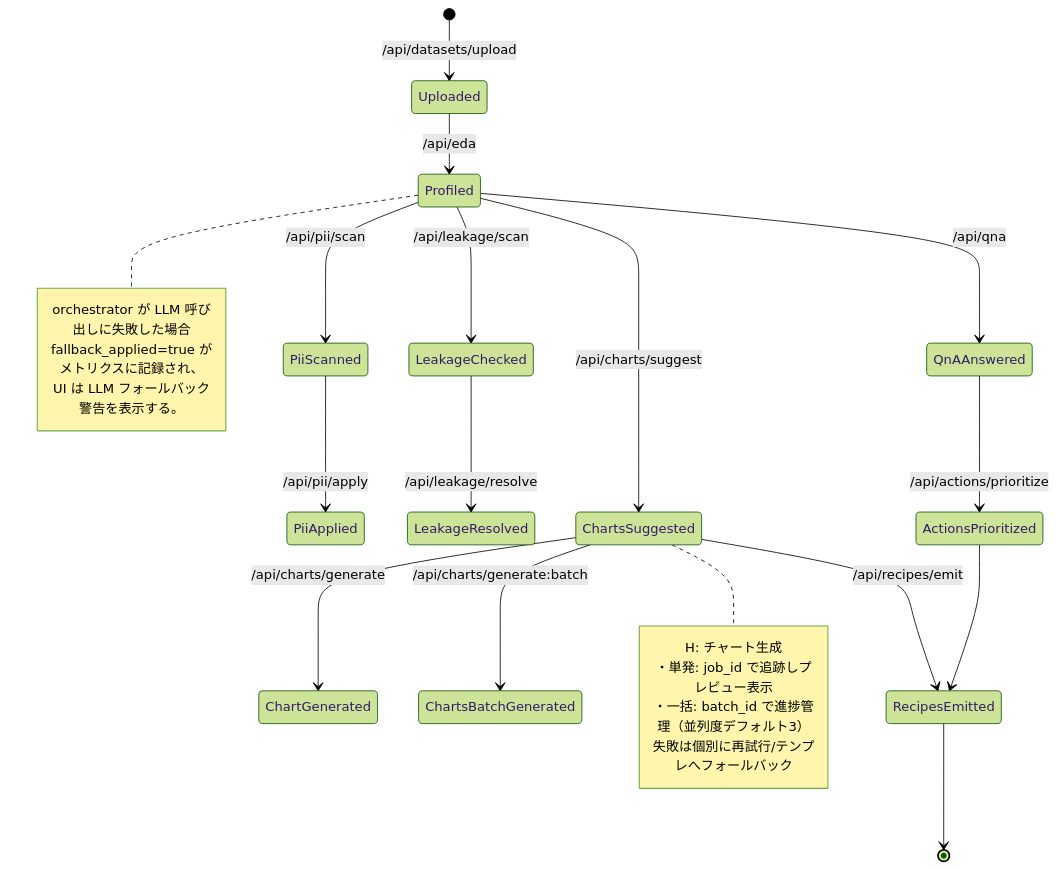
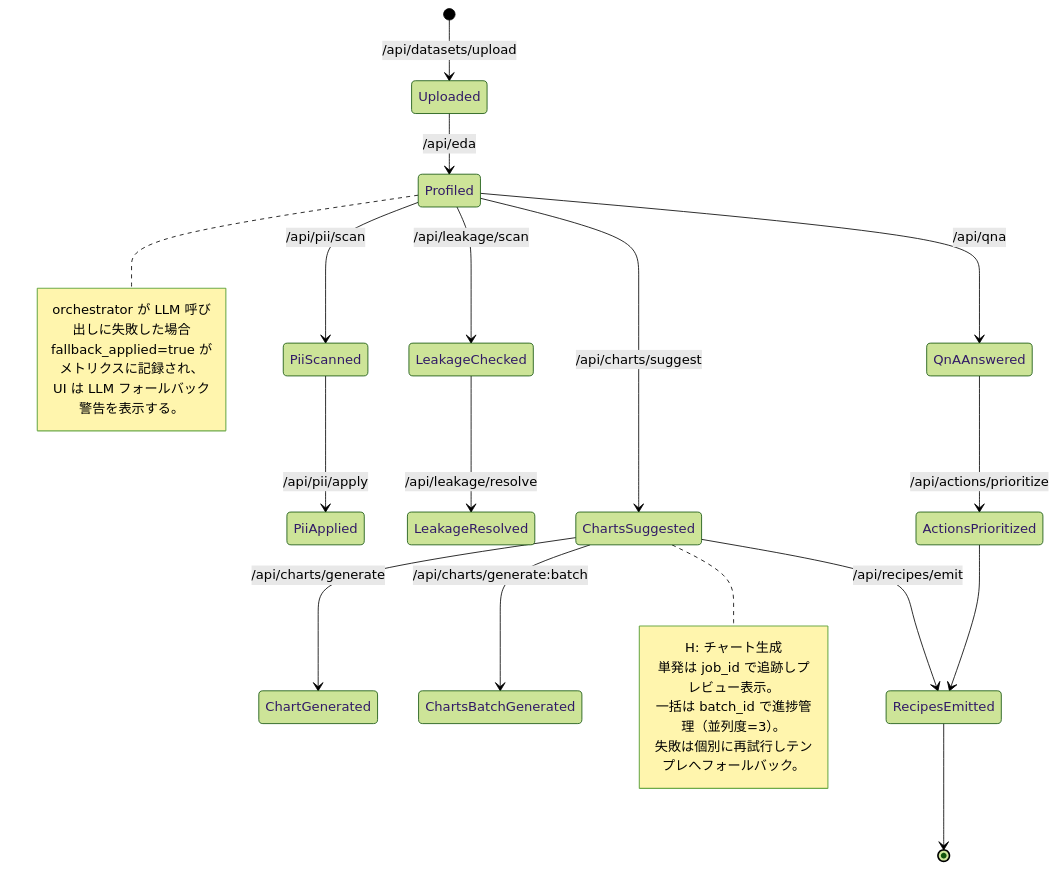
One commit to youkawa/AutoEDA changed the seventh of 7 diagrams in docs/diagram.md. Above: the diagram before and after it, drawn with Mermaid (forest theme). The commit also changed other lines of this file, not shown here.

Commit message:
docs(diagram): fix Mermaid syntax for sitemap, quality flows, and state diagram (v2) to resolve preview errors

````diff
--- a/docs/diagram.md
+++ b/docs/diagram.md
@@ -206,28 +206,28 @@
 ```mermaid
-stateDiagram
+stateDiagram-v2
   [*] --> Uploaded : /api/datasets/upload
   Uploaded --> Profiled : /api/eda
   Profiled --> PiiScanned : /api/pii/scan
   PiiScanned --> PiiApplied : /api/pii/apply
   Profiled --> LeakageChecked : /api/leakage/scan
   LeakageChecked --> LeakageResolved : /api/leakage/resolve
   Profiled --> ChartsSuggested : /api/charts/suggest
   ChartsSuggested --> ChartGenerated : /api/charts/generate
   ChartsSuggested --> ChartsBatchGenerated : /api/charts/generate:batch
   Profiled --> QnAAnswered : /api/qna
   QnAAnswered --> ActionsPrioritized : /api/actions/prioritize
   ChartsSuggested --> RecipesEmitted : /api/recipes/emit
   ActionsPrioritized --> RecipesEmitted
   RecipesEmitted --> [*]
   note right of Profiled
     orchestrator が LLM 呼び出しに失敗した場合
     fallback_applied=true がメトリクスに記録され、
     UI は LLM フォールバック警告を表示する。
   end note
   note right of ChartsSuggested
     H: チャート生成
-    ・単発: job_id で追跡しプレビュー表示
-    ・一括: batch_id で進捗管理（並列度デフォルト3）
-    失敗は個別に再試行/テンプレへフォールバック
+    単発は job_id で追跡しプレビュー表示。
+    一括は batch_id で進捗管理（並列度=3）。
+    失敗は個別に再試行しテンプレへフォールバック。
   end note
 ```
````
